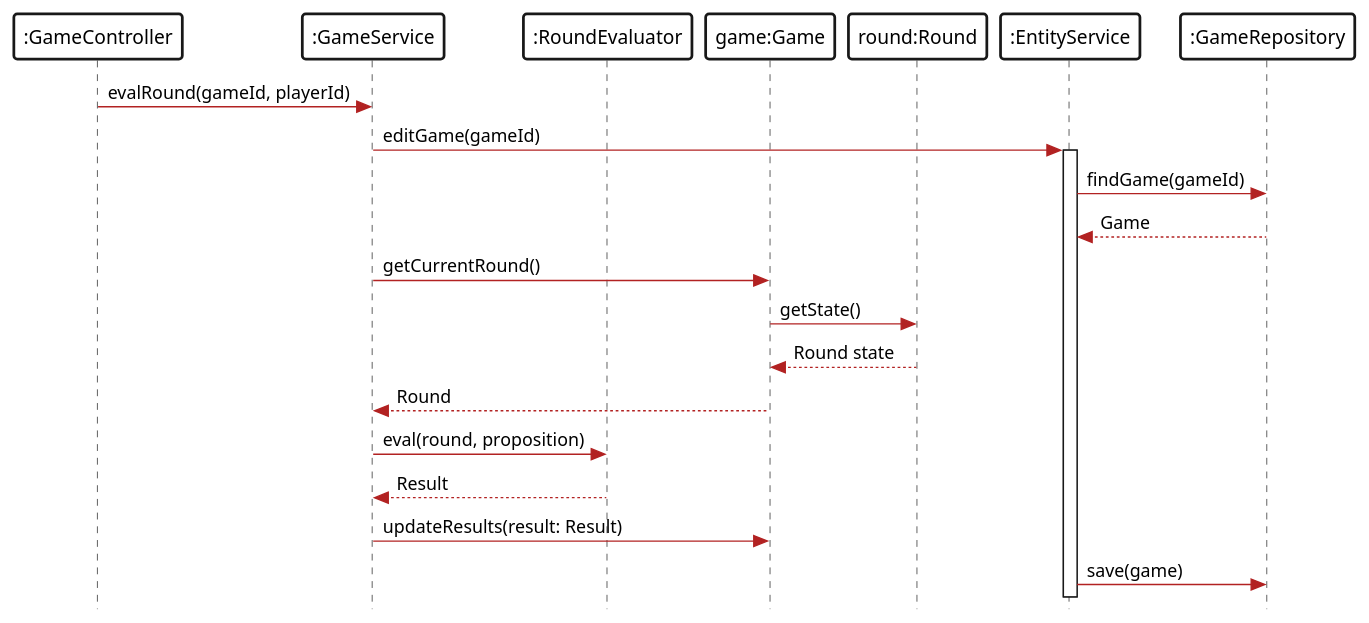
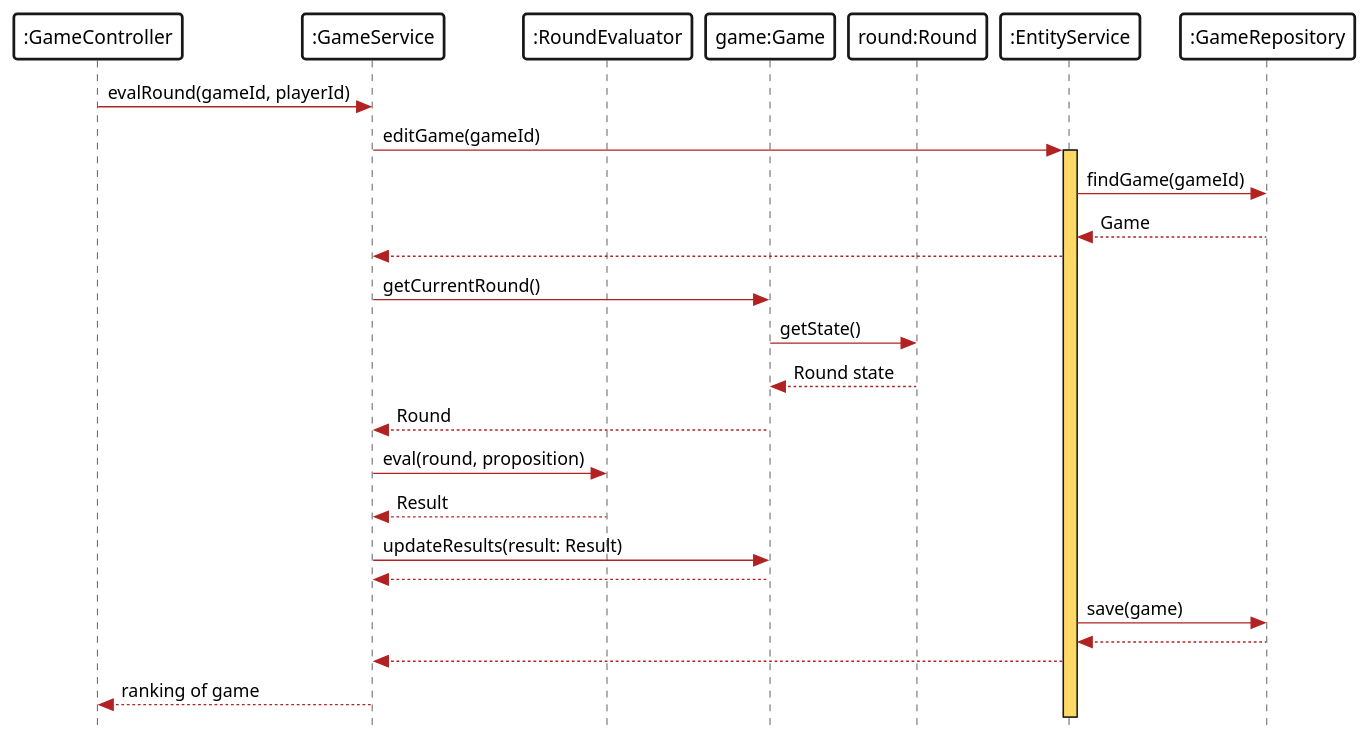
One commit to patrickwinti/worldwidewalter changed the diagram in docs/diagrams/SSD_evaluation.plantuml. Above: the diagram before and after it, drawn with PlantUML. The commit also changed 3 other files, not shown here.

```diff
--- a/docs/diagrams/SSD_evaluation.plantuml
+++ b/docs/diagrams/SSD_evaluation.plantuml
@@ -1,42 +1,49 @@
 @startuml
 skinparam sequence {
     BackgroundColor white
     BorderColor Black
     ArrowColor Firebrick
     BorderThickness 2
+    LifeLineBackgroundColor #FFD966
+
 }
 skinparam Note{
     BorderColor #FFD966
     BackgroundColor #FFD966
 }
 skinparam participant {
     BackgroundColor white
     BorderThickness 2
 }
 skinparam responseMessageBelowArrow true
 skinparam style strictuml
 
 participant ":GameController" as gc
 participant ":GameService" as gs
 participant ":RoundEvaluator" as ev
 participant "game:Game" as game
 participant "round:Round" as round
 participant ":EntityService" as ges
 participant ":GameRepository" as gr
 
 gc -> gs: evalRound(gameId, playerId)
 gs -> ges: editGame(gameId)
 activate ges
 ges -> gr : findGame(gameId)
 gr  --> ges: Game
+ges --> gs
 gs -> game: getCurrentRound()
 game -> round: getState()
 round --> game: Round state
 game --> gs: Round
 gs -> ev :eval(round, proposition)
 ev --> gs : Result
 gs -> game : updateResults(result: Result)
+game --> gs
 ges -> gr : save(game)
+gr --> ges
+ges --> gs
+gs --> gc: ranking of game
 
 
 @enduml
```
